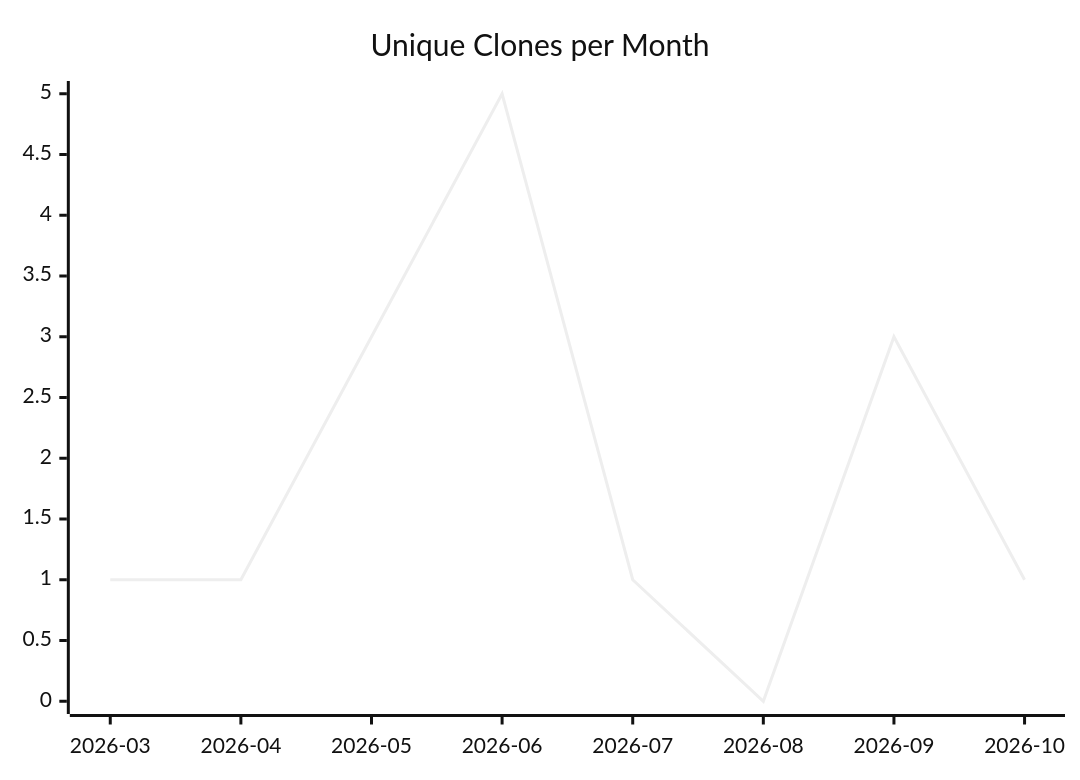
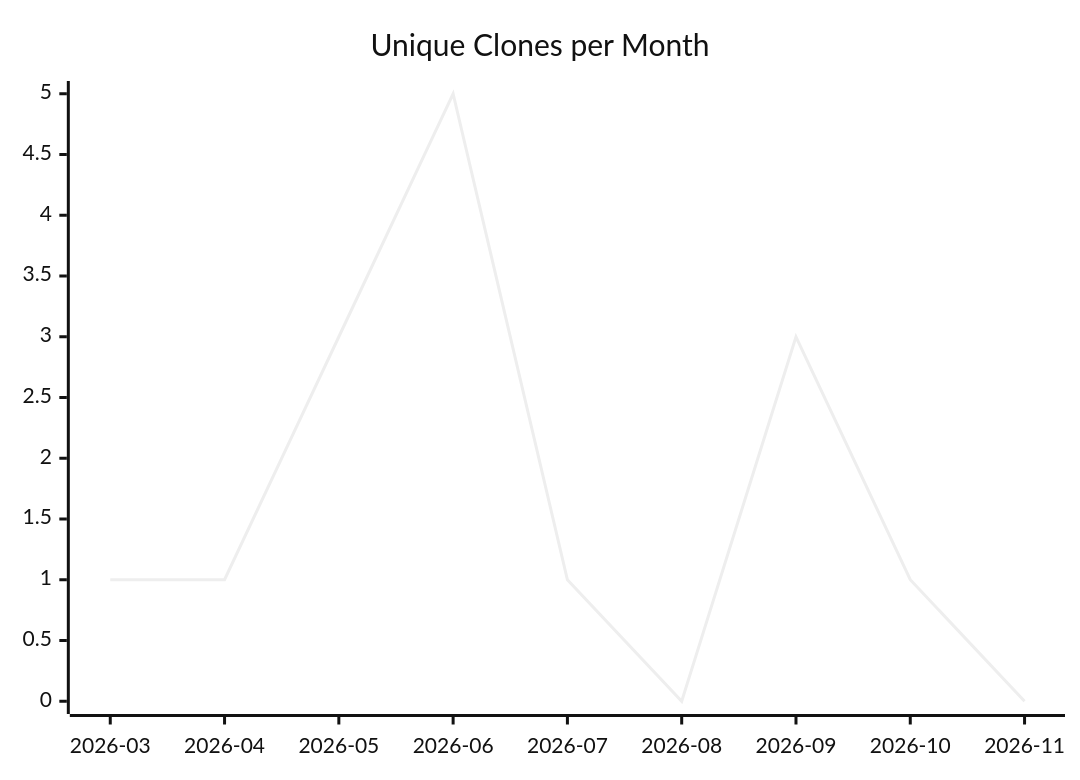
Before and after one commit to justdavis-family/github-analytics-data: the third of 3 diagrams in karlmdavis/ansible/README.md, drawn with Mermaid (neutral theme). The commit also changed other lines of this file and 201 other files, not shown here.

````diff
--- a/karlmdavis/ansible/README.md
+++ b/karlmdavis/ansible/README.md
@@ -19,6 +19,6 @@
 ```mermaid
 xychart-beta
   title "Unique Clones per Month"
-  x-axis ["2026-03", "2026-04", "2026-05", "2026-06", "2026-07", "2026-08", "2026-09", "2026-10"]
-  line [1, 1, 3, 5, 1, 0, 3, 1]
+  x-axis ["2026-03", "2026-04", "2026-05", "2026-06", "2026-07", "2026-08", "2026-09", "2026-10", "2026-11"]
+  line [1, 1, 3, 5, 1, 0, 3, 1, 0]
 ```
````
